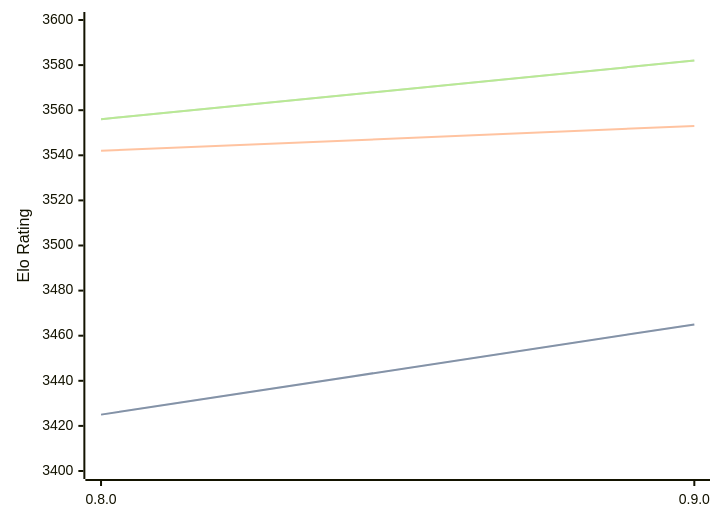
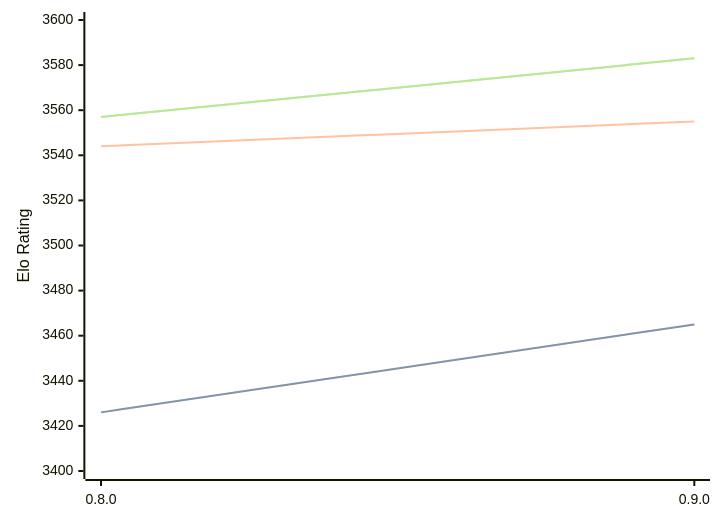
Before and after one commit to computer-chess-index/cci: the third of 3 diagrams in engines/Reckless.md, drawn with Mermaid. The commit also changed other lines of this file, not shown here.

Commit message:
Update CCI Ratings (ELO VLTC) - 2026-06-22

````diff
--- a/engines/Reckless.md
+++ b/engines/Reckless.md
@@ -72,11 +72,11 @@
 ```mermaid
 %%{init: {"theme":"base","themeVariables":{"seriesColors:['#a3a3a3','#222221','#faa371']}}}%%
 xychart-beta
   x-axis ["0.8.0", "0.9.0"]
   y-axis "Elo Rating" 3400 --> 3600
-  line "STC (8.0+0.08s)" [3425, 3465]
-  line "STC (8.0+0.08s)" [3425, 3465]
-  line "LTC (60.0+0.60s)" [3542, 3553]
-  line "VLTC (2m24s+1.12s)" [3556, 3582]
-  line "VLTC (2m24s+1.12s)" [3556, 3582]
+  line "STC (8.0+0.08s)" [3426, 3465]
+  line "STC (8.0+0.08s)" [3426, 3465]
+  line "LTC (60.0+0.60s)" [3544, 3555]
+  line "VLTC (2m24s+1.12s)" [3557, 3583]
+  line "VLTC (2m24s+1.12s)" [3557, 3583]
 ```
````
